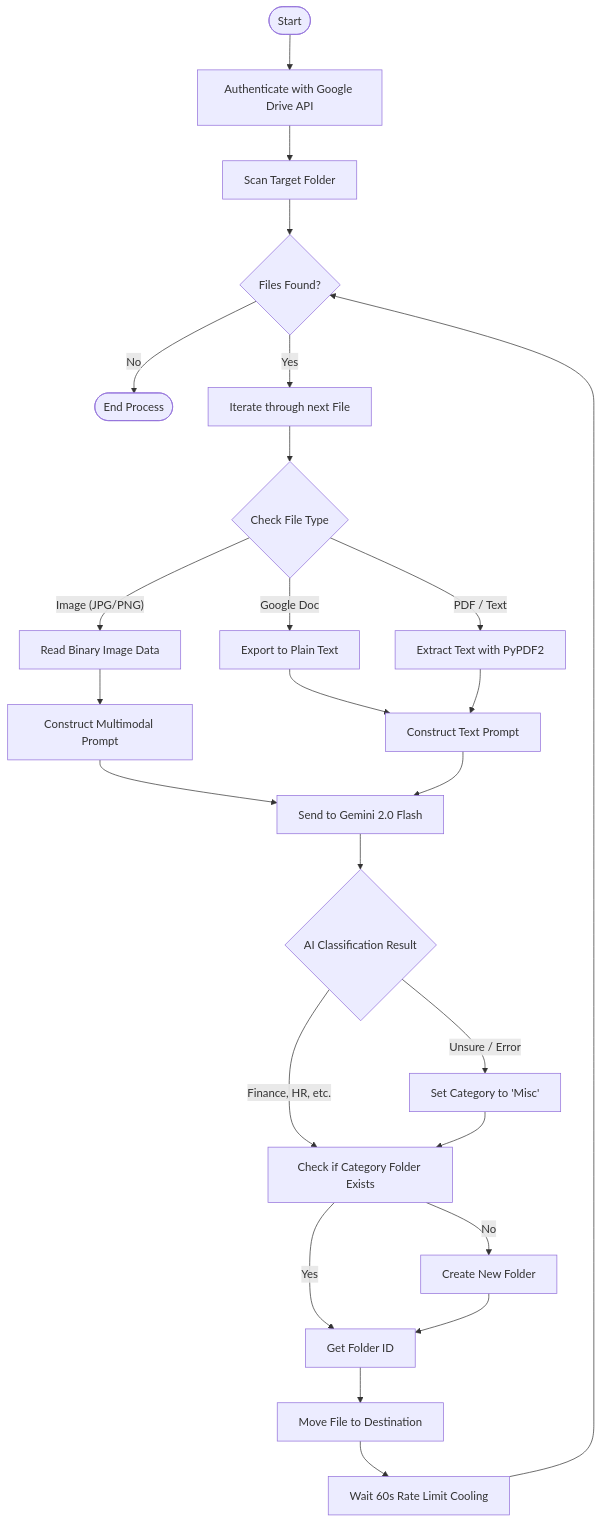
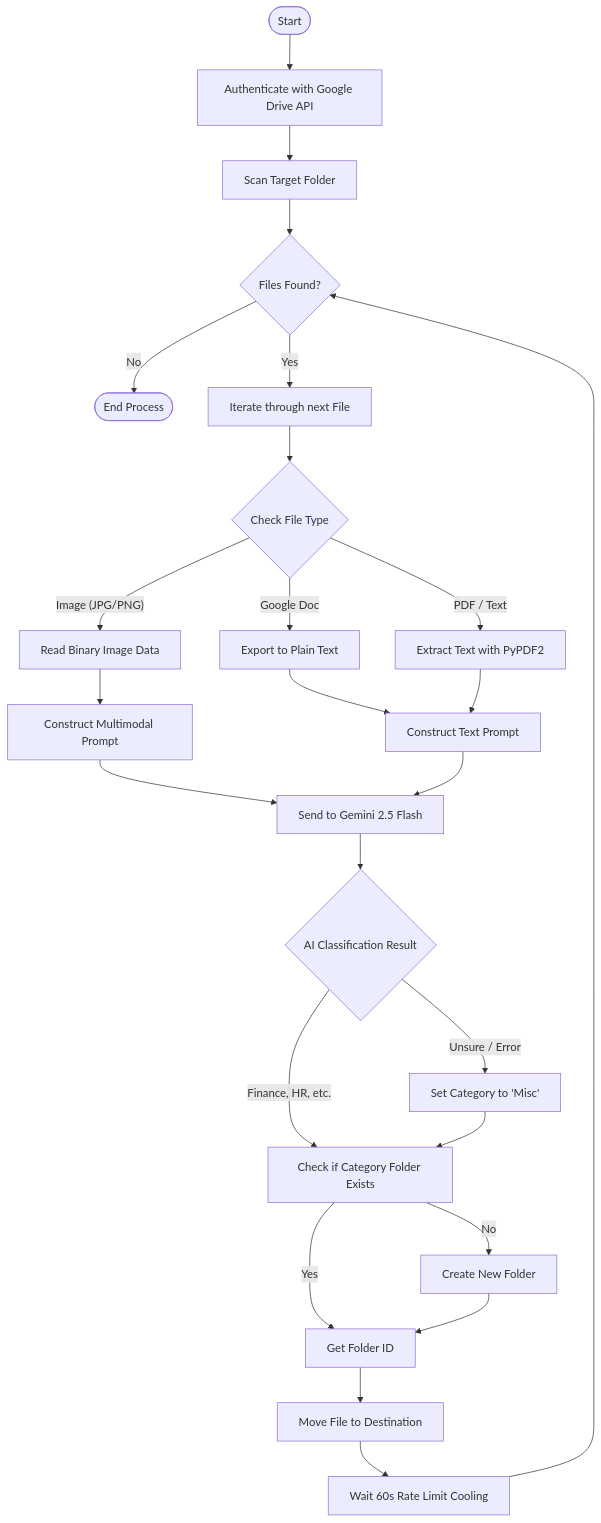
One commit to Yuvii2109/smart_drive_organizer changed the diagram in Report.md. Above: the diagram before and after it, drawn with Mermaid.

````diff
--- a/Report.md
+++ b/Report.md
@@ -68,36 +68,36 @@
 ```mermaid
 graph TD
     A([Start]) --> B[Authenticate with Google Drive API]
     B --> C[Scan Target Folder]
     C --> D{Files Found?}
     D -- No --> E([End Process])
     D -- Yes --> F[Iterate through next File]
     
     F --> G{Check File Type}
     
     G -- "Image (JPG/PNG)" --> H[Read Binary Image Data]
     G -- "Google Doc" --> I[Export to Plain Text]
     G -- "PDF / Text" --> J[Extract Text with PyPDF2]
     
     H --> K[Construct Multimodal Prompt]
     I --> L[Construct Text Prompt]
     J --> L
     
-    K --> M[Send to Gemini 2.0 Flash]
+    K --> M[Send to Gemini 2.5 Flash]
     L --> M
     
     M --> N{AI Classification Result}
     
     N -- "Finance, HR, etc." --> O[Check if Category Folder Exists]
     N -- "Unsure / Error" --> P[Set Category to 'Misc']
     P --> O
     
     O -- No --> Q[Create New Folder]
     O -- Yes --> R[Get Folder ID]
     Q --> R
     
     R --> S[Move File to Destination]
     S --> T[Wait 60s Rate Limit Cooling]
     
     T --> D
 ```
````
